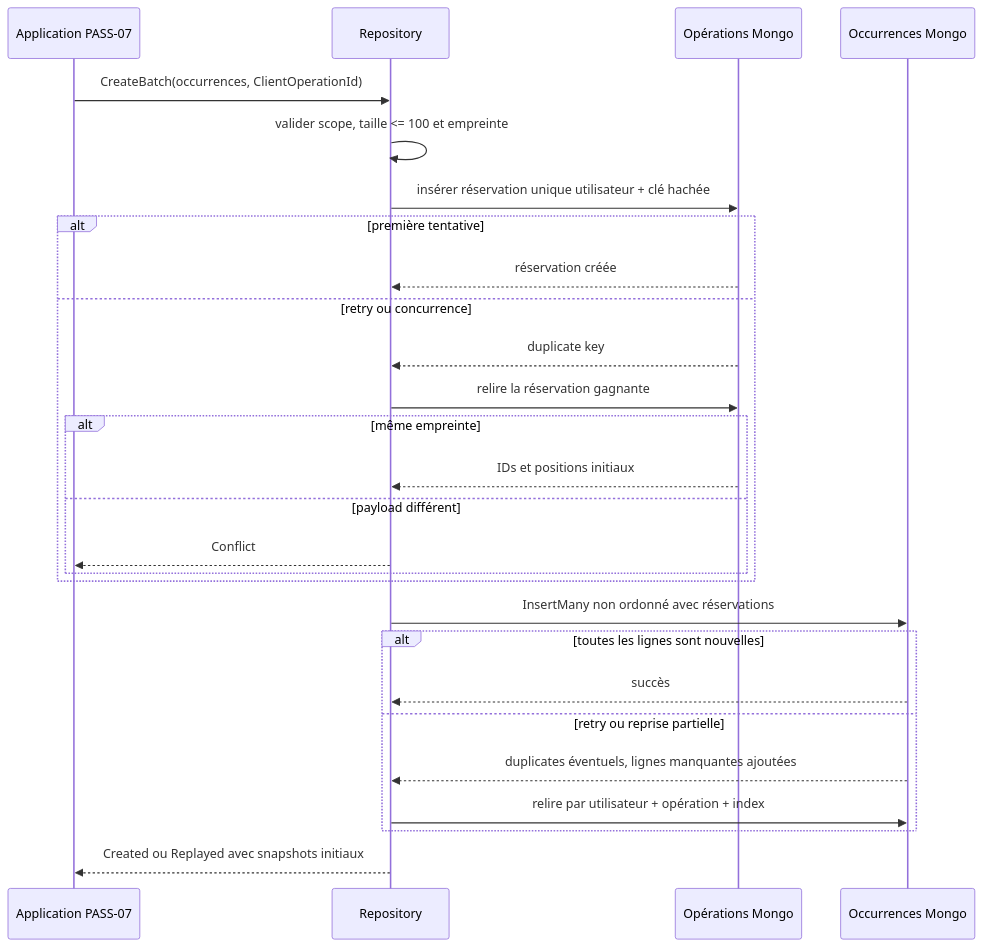
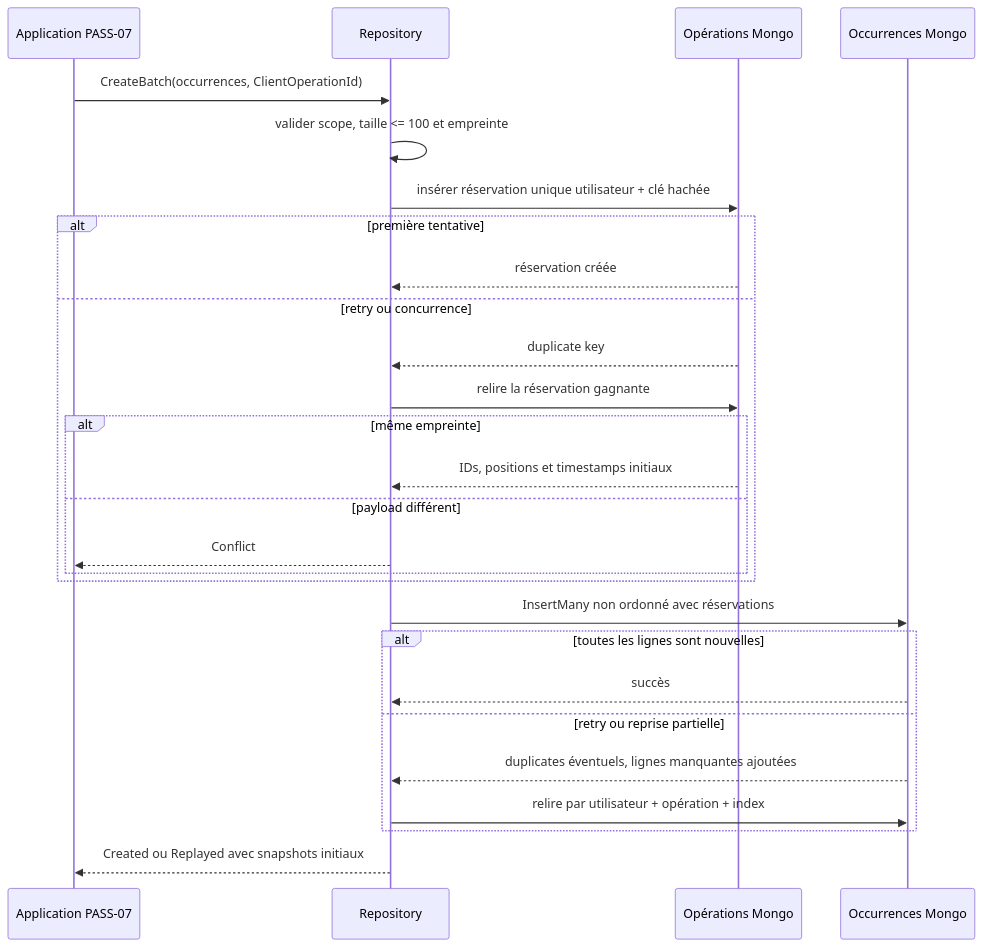
The third of 3 diagrams in docs/architecture/product-growth-pass-06-ride-occurrence-persistence-2026-09-03.md (Ced59/AmusementParkProject), drawn with Mermaid before and after one commit. The commit also changed other lines of this file and 3 other files, not shown here.

````diff
--- a/docs/architecture/product-growth-pass-06-ride-occurrence-persistence-2026-09-03.md
+++ b/docs/architecture/product-growth-pass-06-ride-occurrence-persistence-2026-09-03.md
@@ -148,30 +150,30 @@
 ```mermaid
 sequenceDiagram
     participant A as Application PASS-07
     participant R as Repository
     participant O as Opérations Mongo
     participant C as Occurrences Mongo
 
     A->>R: CreateBatch(occurrences, ClientOperationId)
     R->>R: valider scope, taille <= 100 et empreinte
     R->>O: insérer réservation unique utilisateur + clé hachée
     alt première tentative
       O-->>R: réservation créée
     else retry ou concurrence
       O-->>R: duplicate key
       R->>O: relire la réservation gagnante
       alt même empreinte
-        O-->>R: IDs et positions initiaux
+        O-->>R: IDs, positions et timestamps initiaux
       else payload différent
         R-->>A: Conflict
       end
     end
     R->>C: InsertMany non ordonné avec réservations
     alt toutes les lignes sont nouvelles
       C-->>R: succès
     else retry ou reprise partielle
       C-->>R: duplicates éventuels, lignes manquantes ajoutées
       R->>C: relire par utilisateur + opération + index
     end
     R-->>A: Created ou Replayed avec snapshots initiaux
 ```
````
